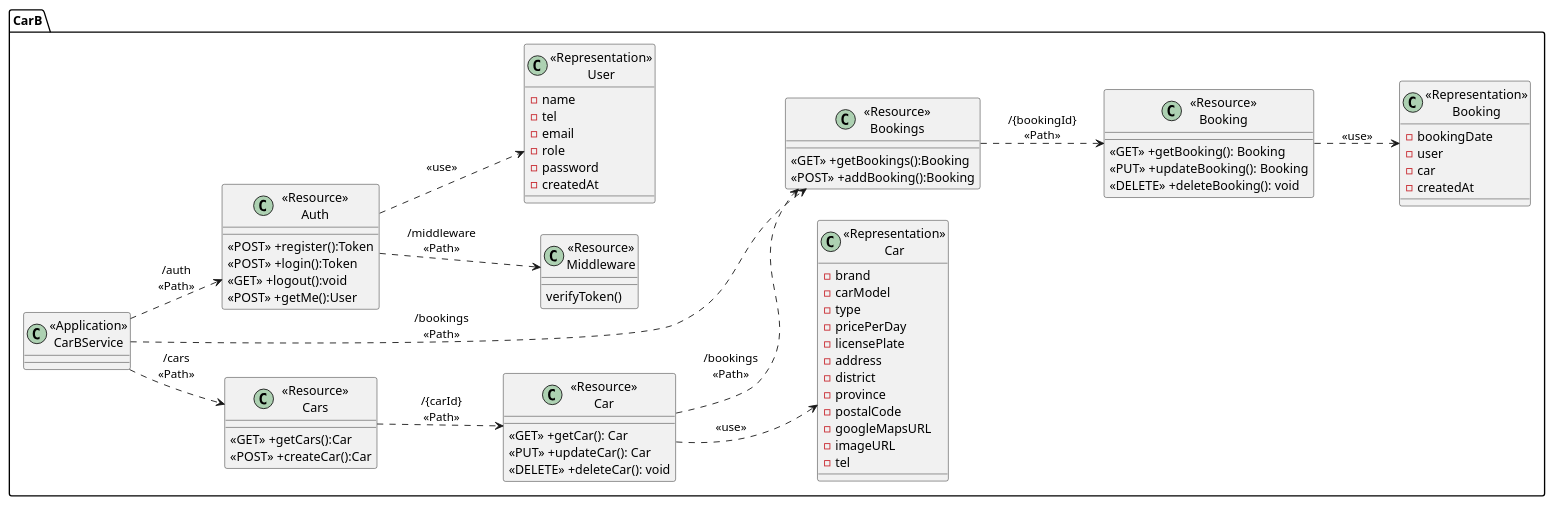
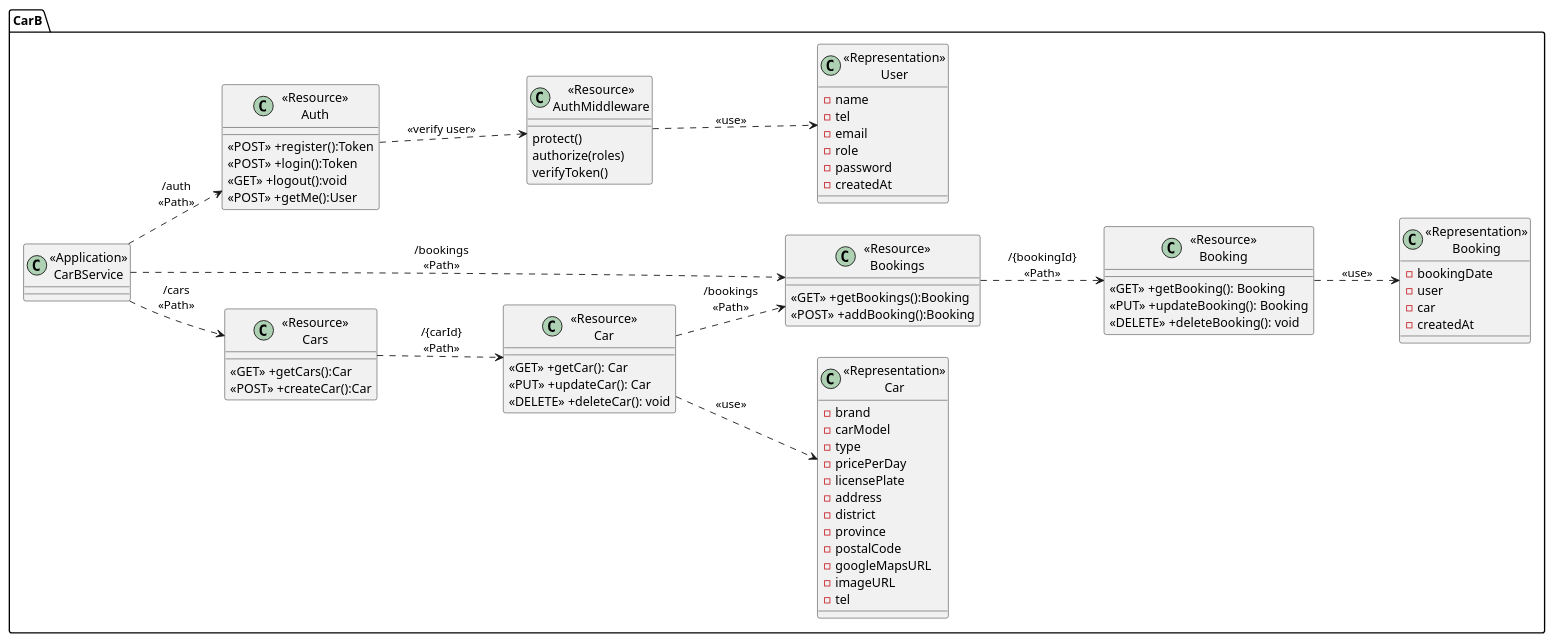
One commit to 2110503TACEDT66/presentation-day-1-samrongsquad changed the diagram in Puml/Class.puml. Above: the diagram before and after it, drawn with PlantUML. The commit also changed 1 other file, not shown here.

```diff
--- a/Puml/Class.puml
+++ b/Puml/Class.puml
@@ -1,92 +1,94 @@
 @startuml CarBService
 left to right direction
 package "CarB"{
     class "<<Application>>\nCarBService" as CarBService{}
 
     class "<<Resource>>\nCars" as ResourceCars{
         <<GET>> +getCars():Car
         <<POST>> +createCar():Car
     }
 
     class "<<Resource>>\nCar" as ResourceCar {
         <<GET>> +getCar(): Car
         <<PUT>> +updateCar(): Car
         <<DELETE>> +deleteCar(): void
     }
 
     class "<<Representation>>\nCar" as RepresentationCar {
         -brand
         -carModel
         -type
         -pricePerDay
         -licensePlate
         -address
         -district
         -province
         -postalCode
         -googleMapsURL
         -imageURL
         -tel
     }
 
    
 
     class "<<Resource>>\nBookings" as ResourceBookings{
         <<GET>> +getBookings():Booking
         <<POST>> +addBooking():Booking
     }
 
     class "<<Resource>>\nBooking" as ResourceBooking {
         <<GET>> +getBooking(): Booking
         <<PUT>> +updateBooking(): Booking
         <<DELETE>> +deleteBooking(): void
     }
 
     class "<<Representation>>\nBooking" as RepresentationBooking {
         -bookingDate
         -user
         -car
         -createdAt
     }
 
     class "<<Resource>>\nAuth" as ResourceAuth{
         <<POST>> +register():Token
         <<POST>> +login():Token
         <<GET>> +logout():void
         <<POST>> +getMe():User
     }
 
-    class "<<Resource>>\nMiddleware" as ResourceMiddleware{
+    class "<<Resource>>\nAuthMiddleware" as ResourceAuthMiddleware{
+        protect()
+        authorize(roles)
         verifyToken()
     }
 
     class "<<Representation>>\nUser" as RepresentationUser {
         -name
         -tel
         -email
         -role
         -password
         -createdAt
     }
     
 
 
 
 
 
 }
 
 CarBService ..> ResourceCars:"/cars\n<<Path>>"
 ResourceCars ..> ResourceCar: "/{carId}\n<<Path>>"
 ResourceCar ..> RepresentationCar: "<<use>>"
 ResourceCar ..> ResourceBookings:"/bookings\n<<Path>>"
 
 CarBService ..> ResourceBookings:"/bookings\n<<Path>>"
 ResourceBookings ..> ResourceBooking: "/{bookingId}\n<<Path>>"
 ResourceBooking ..> RepresentationBooking: "<<use>>"
 
 CarBService ..> ResourceAuth:"/auth\n<<Path>>"
-ResourceAuth ..> ResourceMiddleware:"/middleware\n<<Path>>"
-ResourceAuth ..> RepresentationUser:"<<use>>"
+ResourceAuth ..> ResourceAuthMiddleware:"<<verify user>>"
+ResourceAuthMiddleware ..> RepresentationUser:"<<use>>"
 
 @enduml
```
